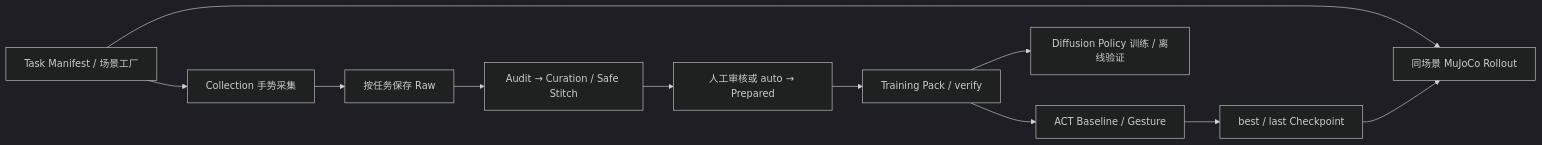
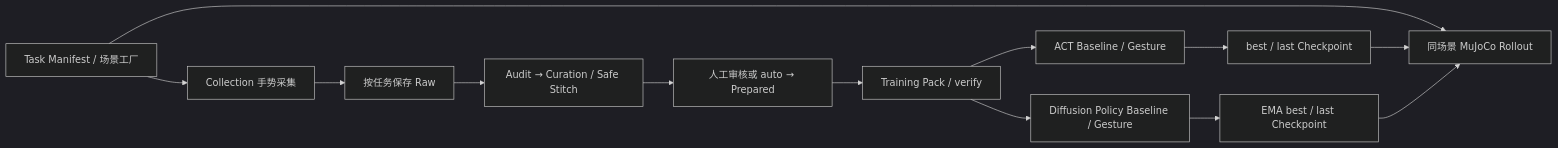
Before and after one commit to shuyi-song-07/mujoco_simulate: the diagram in README.md, drawn with Mermaid (dark theme). The commit also changed other lines of this file and 37 other files, not shown here.

````diff
--- a/README.md
+++ b/README.md
@@ -6,13 +6,15 @@
 ```mermaid
 flowchart LR
   T[Task Manifest / 场景工厂] --> C[Collection 手势采集]
   C --> R[按任务保存 Raw]
   R --> A[Audit → Curation / Safe Stitch]
   A --> P[人工审核或 auto → Prepared]
   P --> K[Training Pack / verify]
   K --> M[ACT Baseline / Gesture]
-  K --> D[Diffusion Policy 训练 / 离线验证]
+  K --> D[Diffusion Policy Baseline / Gesture]
   M --> W[best / last Checkpoint]
+  D --> DW[EMA best / last Checkpoint]
   T --> E[同场景 MuJoCo Rollout]
   W --> E
+  DW --> E
 ```
````
